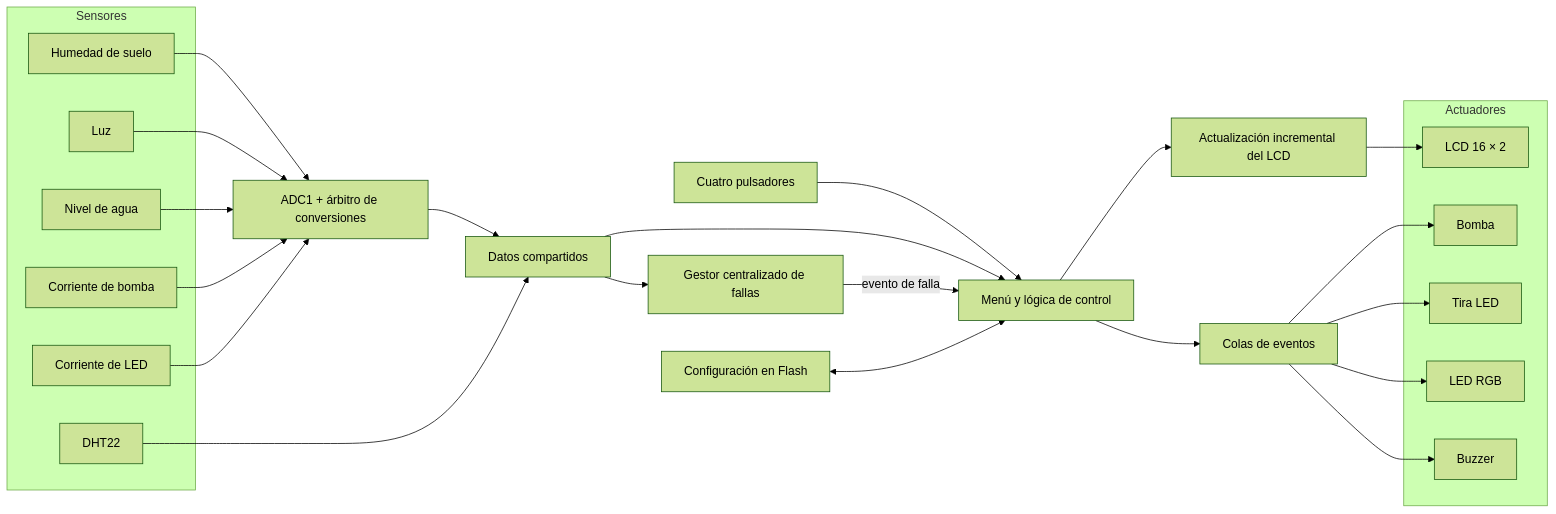
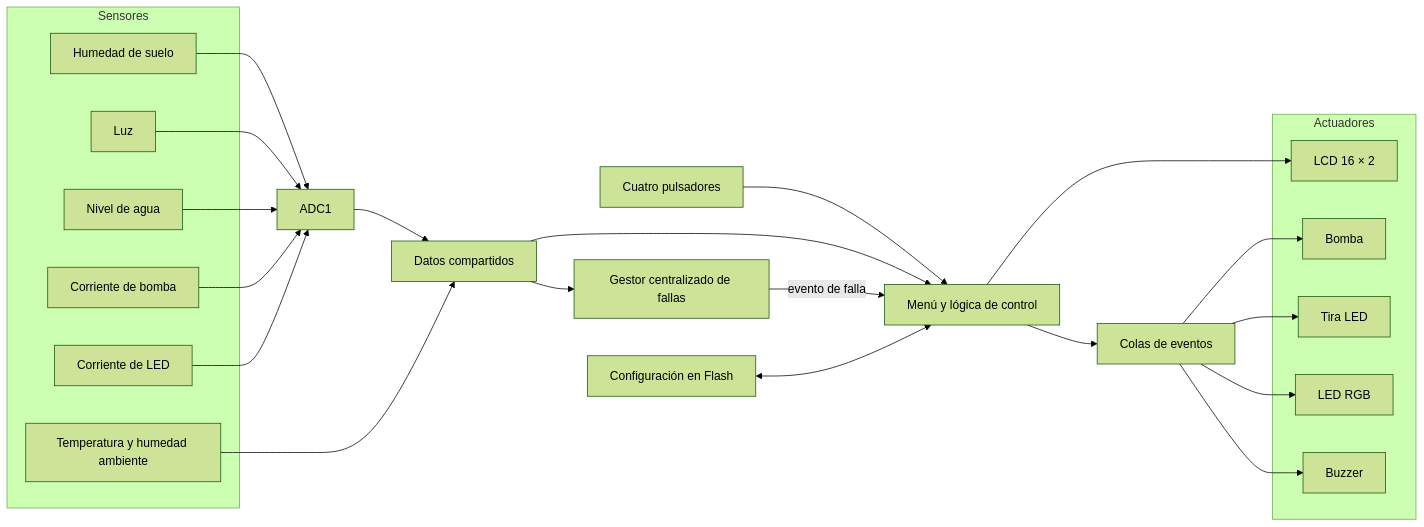
The second of 3 diagrams in Memoria Tecnica/Memoria Tecnica.md (igonzalezb/tdse-tf_3-03), drawn with Mermaid (forest theme) before and after one commit. The commit also changed other lines of this file and 1 other file, not shown here.

````diff
--- a/Memoria Tecnica/Memoria Tecnica.md
+++ b/Memoria Tecnica/Memoria Tecnica.md
@@ -435,48 +433,46 @@
 ```mermaid
 flowchart LR
     subgraph Sensores
         HS["Humedad de suelo"]
         LU["Luz"]
         NA["Nivel de agua"]
         IB["Corriente de bomba"]
         IL["Corriente de LED"]
-        DT["DHT22"]
+        DT["Temperatura y humedad ambiente"]
     end
 
-    ADC["ADC1 + árbitro de conversiones"]
+    ADC["ADC1"]
     SD["Datos compartidos"]
     BTN["Cuatro pulsadores"]
     MEN["Menú y lógica de control"]
-    DSP["Actualización incremental del LCD"]
     FAL["Gestor centralizado de fallas"]
     FL["Configuración en Flash"]
     Q["Colas de eventos"]
 
     subgraph Actuadores
         LCD["LCD 16 × 2"]
         BOM["Bomba"]
         LED["Tira LED"]
         RGB["LED RGB"]
         BUZ["Buzzer"]
     end
 
     HS --> ADC
     LU --> ADC
     NA --> ADC
     IB --> ADC
     IL --> ADC
     ADC --> SD
     DT --> SD
     BTN --> MEN
     SD --> MEN
     SD --> FAL
     FAL -->|"evento de falla"| MEN
     FL <--> MEN
-    MEN --> DSP
-    DSP --> LCD
+    MEN --> LCD
     MEN --> Q
     Q --> BOM
     Q --> LED
     Q --> RGB
     Q --> BUZ
 ```
````
